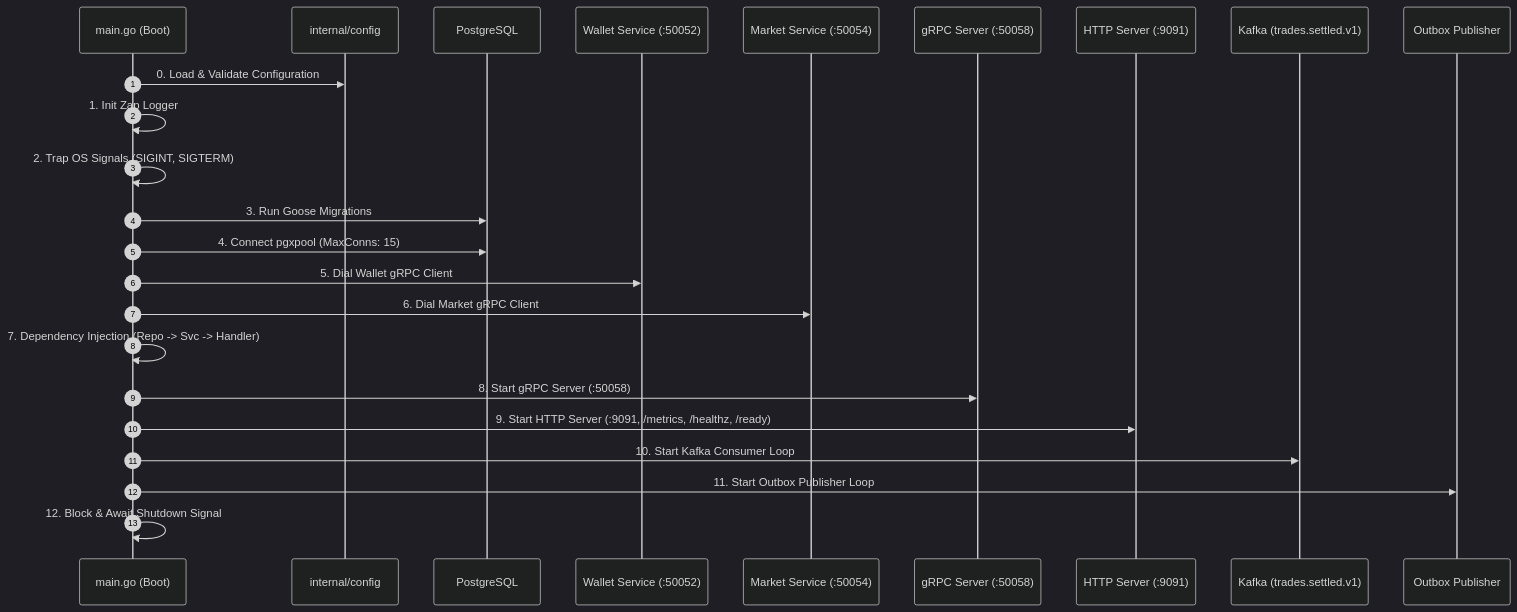
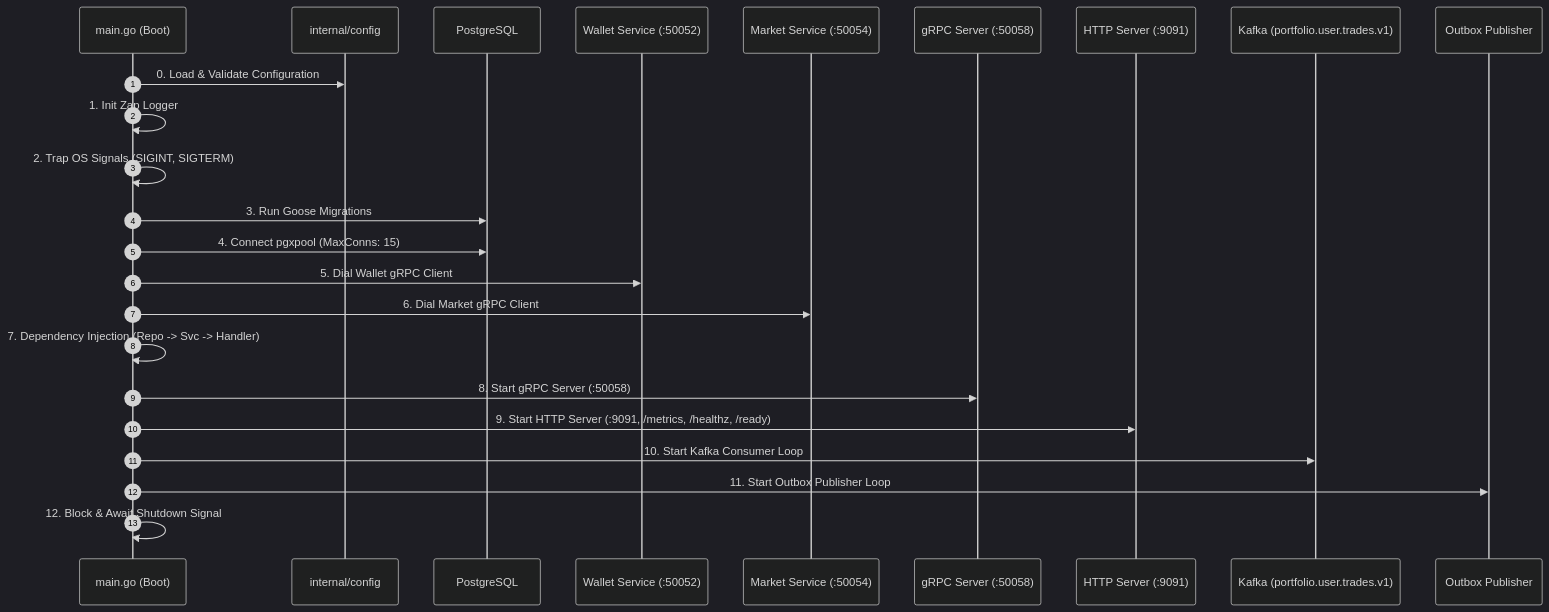
Before and after one commit to akhilbabu26/tradedrift: the first of 2 diagrams in services/portfolio/cmd/README.md, drawn with Mermaid (dark theme). The commit also changed other lines of this file and 59 other files, not shown here.

````diff
--- a/services/portfolio/cmd/README.md
+++ b/services/portfolio/cmd/README.md
@@ -36,27 +36,27 @@
 ```mermaid
 sequenceDiagram
     autonumber
     participant Main as main.go (Boot)
     participant Config as internal/config
     participant DB as PostgreSQL
     participant Wallet as Wallet Service (:50052)
     participant Market as Market Service (:50054)
     participant gRPC as gRPC Server (:50058)
     participant HTTP as HTTP Server (:9091)
-    participant Kafka as Kafka (trades.settled.v1)
+    participant Kafka as Kafka (portfolio.user.trades.v1)
     participant Outbox as Outbox Publisher
 
     Main->>Config: 0. Load & Validate Configuration
     Main->>Main: 1. Init Zap Logger
     Main->>Main: 2. Trap OS Signals (SIGINT, SIGTERM)
     Main->>DB: 3. Run Goose Migrations
     Main->>DB: 4. Connect pgxpool (MaxConns: 15)
     Main->>Wallet: 5. Dial Wallet gRPC Client
     Main->>Market: 6. Dial Market gRPC Client
     Main->>Main: 7. Dependency Injection (Repo -> Svc -> Handler)
     Main->>gRPC: 8. Start gRPC Server (:50058)
     Main->>HTTP: 9. Start HTTP Server (:9091, /metrics, /healthz, /ready)
     Main->>Kafka: 10. Start Kafka Consumer Loop
     Main->>Outbox: 11. Start Outbox Publisher Loop
     Main->>Main: 12. Block & Await Shutdown Signal
 ```
````
